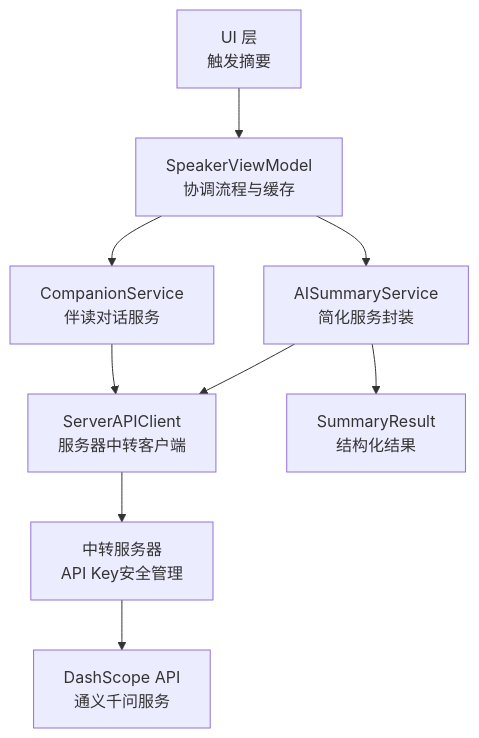
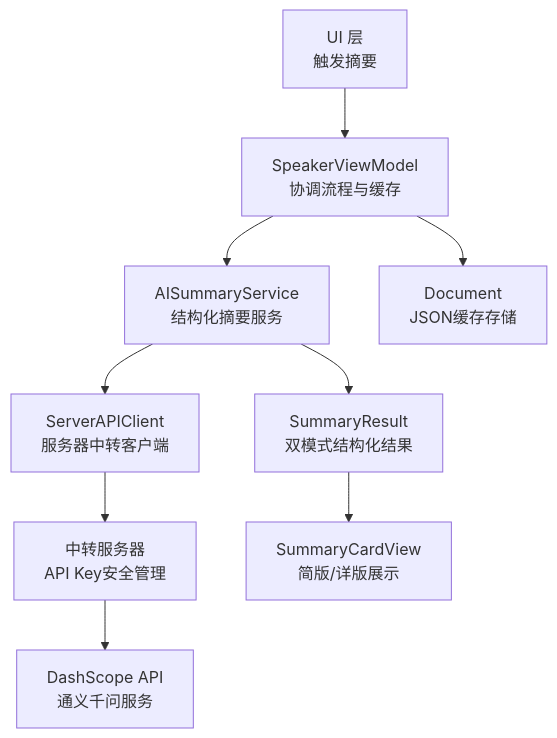
One commit to Primoguo/VoiceReader changed the first of 7 diagrams in .qoder/repowiki/zh/content/架构设计/服务层设计/AI 摘要生成服务.md. Above: the diagram before and after it, drawn with Mermaid. The commit also changed other lines of this file and 92 other files, not shown here.

````diff
--- a/.qoder/repowiki/zh/content/架构设计/服务层设计/AI 摘要生成服务.md
+++ b/.qoder/repowiki/zh/content/架构设计/服务层设计/AI 摘要生成服务.md
@@ -50,11 +50,11 @@
 ```mermaid
 graph TB
 UI["UI 层<br/>触发摘要"] --> VM["SpeakerViewModel<br/>协调流程与缓存"]
-VM --> Service["AISummaryService<br/>简化服务封装"]
+VM --> Service["AISummaryService<br/>结构化摘要服务"]
 Service --> Client["ServerAPIClient<br/>服务器中转客户端"]
 Client --> Server["中转服务器<br/>API Key安全管理"]
 Server --> DashScope["DashScope API<br/>通义千问服务"]
-Service --> Model["SummaryResult<br/>结构化结果"]
-VM --> Companion["CompanionService<br/>伴读对话服务"]
-Companion --> Client
+Service --> Model["SummaryResult<br/>双模式结构化结果"]
+Model --> View["SummaryCardView<br/>简版/详版展示"]
+VM --> Doc["Document<br/>JSON缓存存储"]
 ```
````
